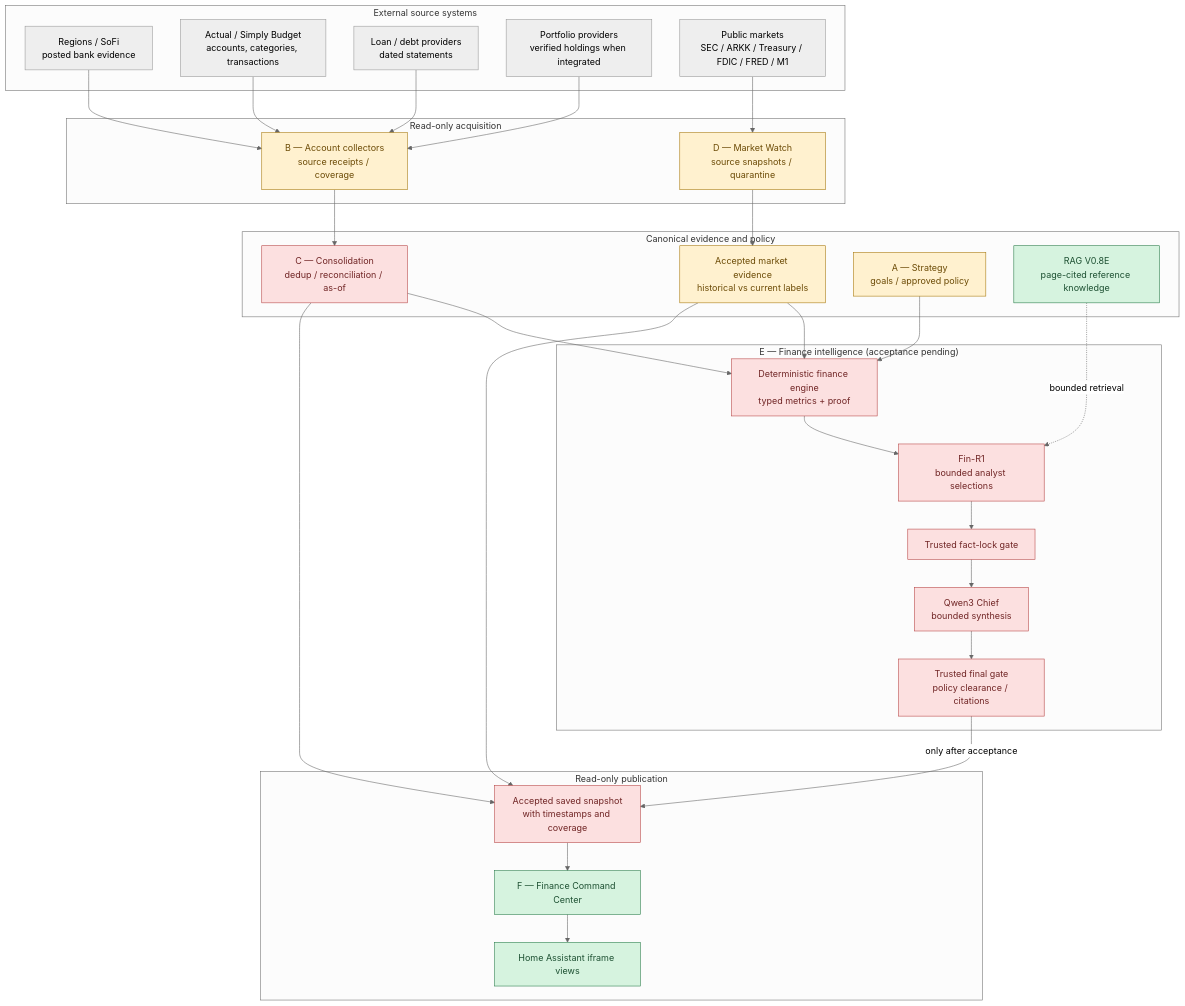
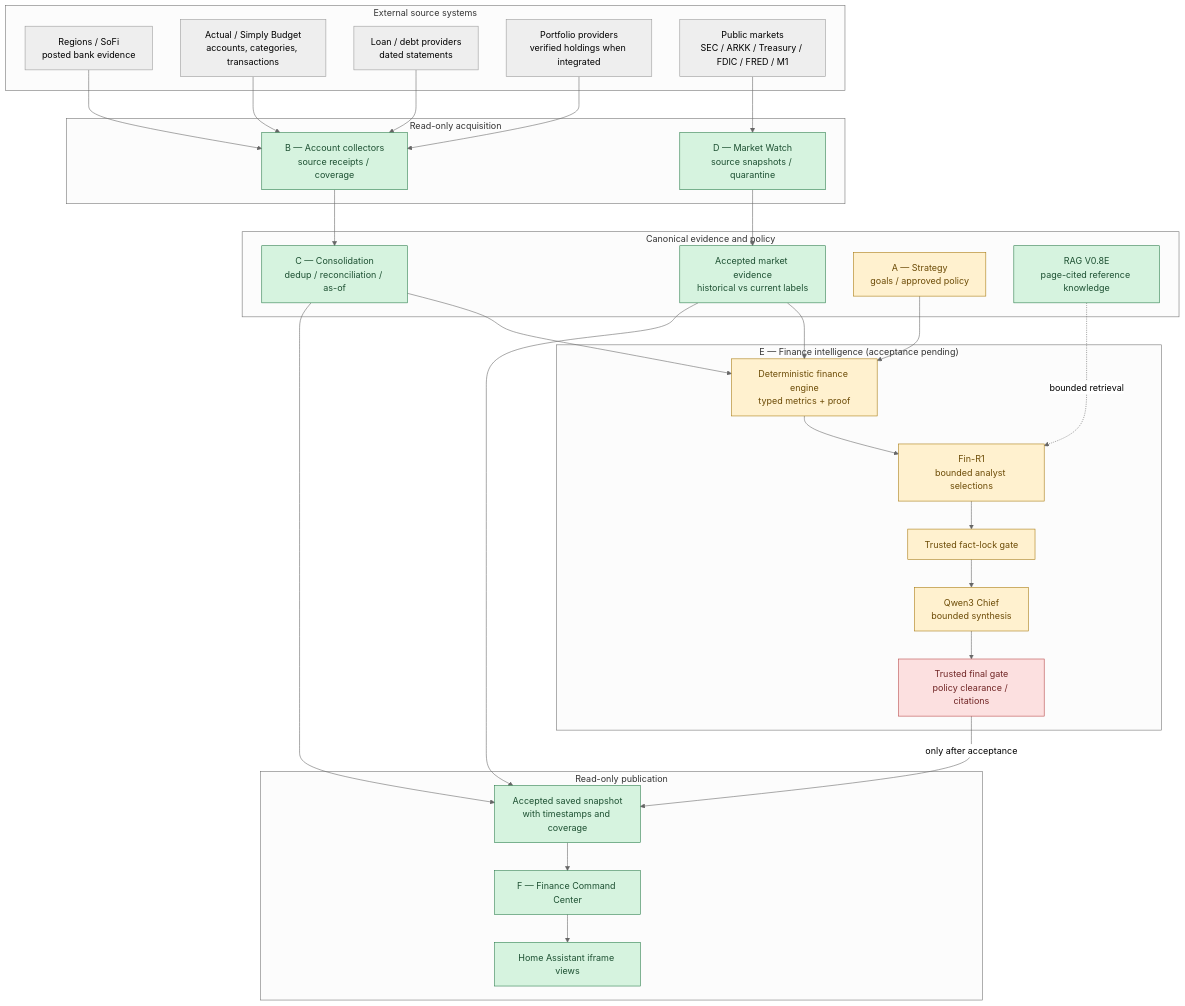
One commit to VicDubose/Smart-Home-Infrastructure changed the first of 15 diagrams in 03-RDP-VM-Infrastructure/Subsystems/Jarvis_Finance/README.md. Above: the diagram before and after it, drawn with Mermaid (neutral theme). The commit also changed other lines of this file, not shown here.

````diff
--- a/03-RDP-VM-Infrastructure/Subsystems/Jarvis_Finance/README.md
+++ b/03-RDP-VM-Infrastructure/Subsystems/Jarvis_Finance/README.md
@@ -147,60 +146,60 @@
 ```mermaid
 flowchart TB
     subgraph SRC["External source systems"]
         BANK["Regions / SoFi<br/>posted bank evidence"]
         LEDGER["Actual / Simply Budget<br/>accounts, categories, transactions"]
         DEBT["Loan / debt providers<br/>dated statements"]
         INVEST["Portfolio providers<br/>verified holdings when integrated"]
         PUBLIC["Public markets<br/>SEC / ARKK / Treasury / FDIC / FRED / M1"]
     end
 
     subgraph INGEST["Read-only acquisition"]
         B["B — Account collectors<br/>source receipts / coverage"]
         D["D — Market Watch<br/>source snapshots / quarantine"]
     end
 
     subgraph TRUST["Canonical evidence and policy"]
         C["C — Consolidation<br/>dedup / reconciliation / as-of"]
         ME["Accepted market evidence<br/>historical vs current labels"]
         A["A — Strategy<br/>goals / approved policy"]
         R["RAG V0.8E<br/>page-cited reference knowledge"]
     end
 
     subgraph INTEL["E — Finance intelligence (acceptance pending)"]
         T0["Deterministic finance engine<br/>typed metrics + proof"]
         FR["Fin-R1<br/>bounded analyst selections"]
         G1["Trusted fact-lock gate"]
         CHIEF["Qwen3 Chief<br/>bounded synthesis"]
         G2["Trusted final gate<br/>policy clearance / citations"]
     end
 
     subgraph DISPLAY["Read-only publication"]
         SNAP["Accepted saved snapshot<br/>with timestamps and coverage"]
         F["F — Finance Command Center"]
         HA["Home Assistant iframe views"]
     end
 
     BANK --> B
     LEDGER --> B
     DEBT --> B
     INVEST --> B
     PUBLIC --> D
     B --> C
     D --> ME
     C --> T0
     ME --> T0
     A --> T0
     R -. "bounded retrieval" .-> FR
     T0 --> FR --> G1 --> CHIEF --> G2
     C --> SNAP
     ME --> SNAP
     G2 -->|"only after acceptance"| SNAP
     SNAP --> F --> HA
 
     classDef done fill:#d6f3df,stroke:#277b48,color:#1d5032
     classDef partial fill:#fff1cf,stroke:#a7780b,color:#6c4b06
     classDef blocked fill:#fce0e0,stroke:#b74444,color:#702525
-    class R,F,HA done
-    class B,D,A,ME partial
-    class C,T0,FR,G1,CHIEF,G2,SNAP blocked
+    class R,F,HA,B,D,C,ME,SNAP done
+    class A,T0,FR,G1,CHIEF partial
+    class G2 blocked
 ```
````
